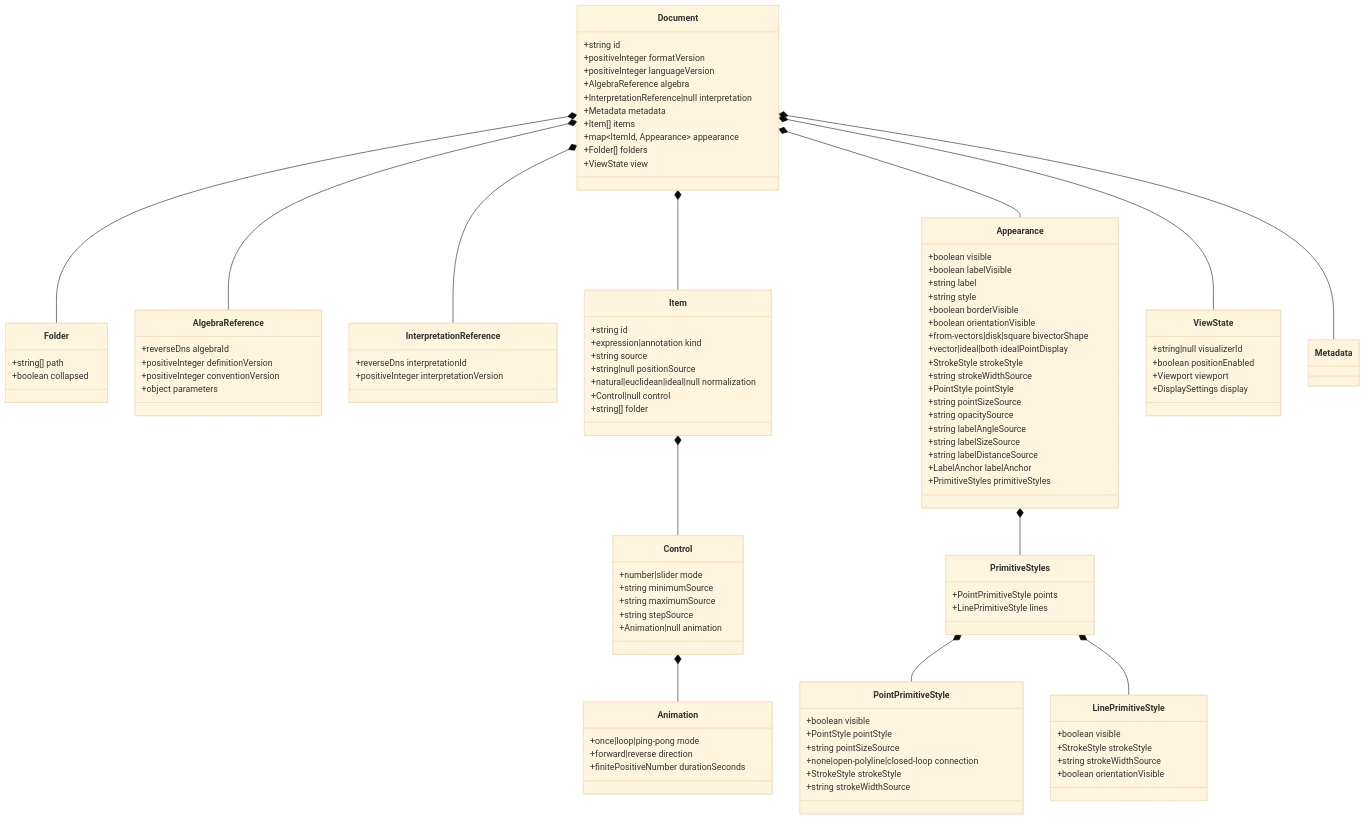
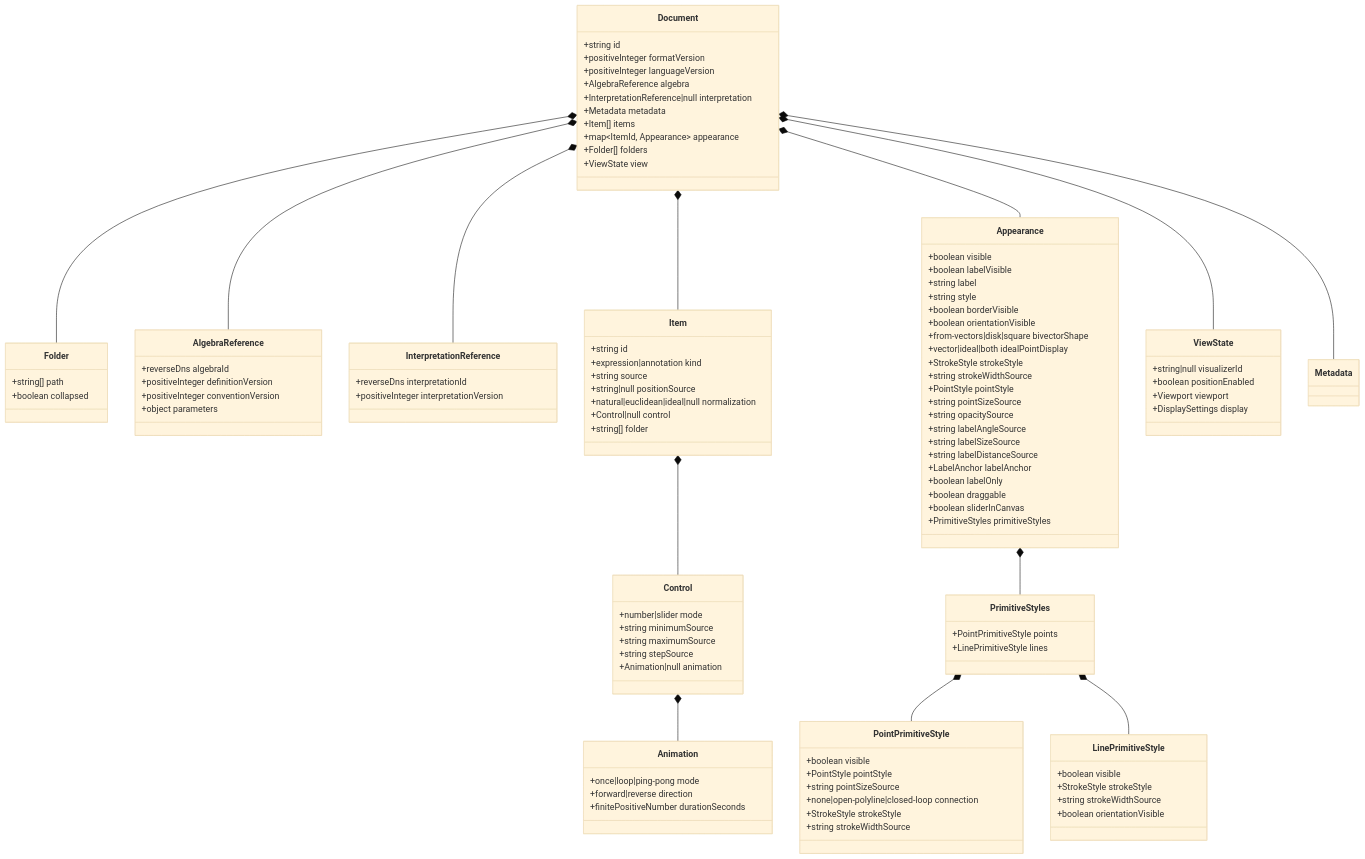
One commit to eharquin/gamut changed the first of 2 diagrams in docs/specifications/document-format.md. Above: the diagram before and after it, drawn with Mermaid (base theme). The commit also changed other lines of this file and 37 other files, not shown here.

First line of the commit message:
feat: add format 12 with label only, centre and circle anchors, angles in radians, graph-wide labels, and values in labels (#320)

```diff
--- a/docs/specifications/document-format.md
+++ b/docs/specifications/document-format.md
@@ -168,6 +173,9 @@
       +string labelSizeSource
       +string labelDistanceSource
       +LabelAnchor labelAnchor
+      +boolean labelOnly
+      +boolean draggable
+      +boolean sliderInCanvas
       +PrimitiveStyles primitiveStyles
     }
     class PrimitiveStyles {
```
